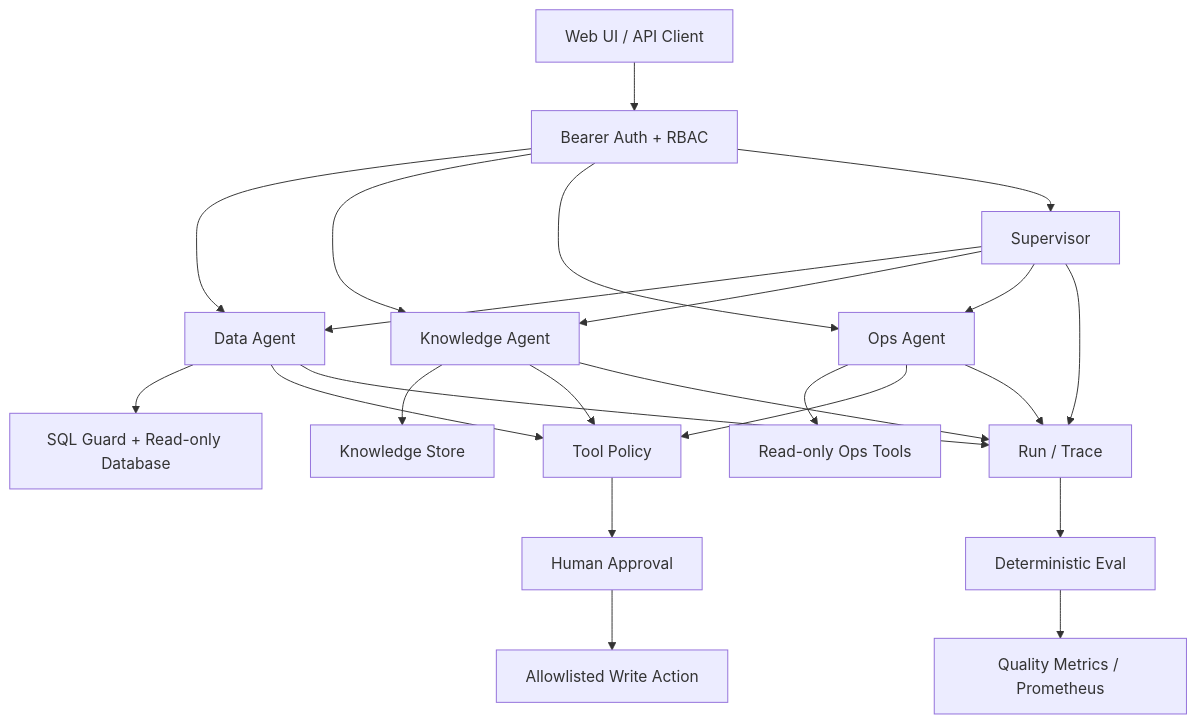
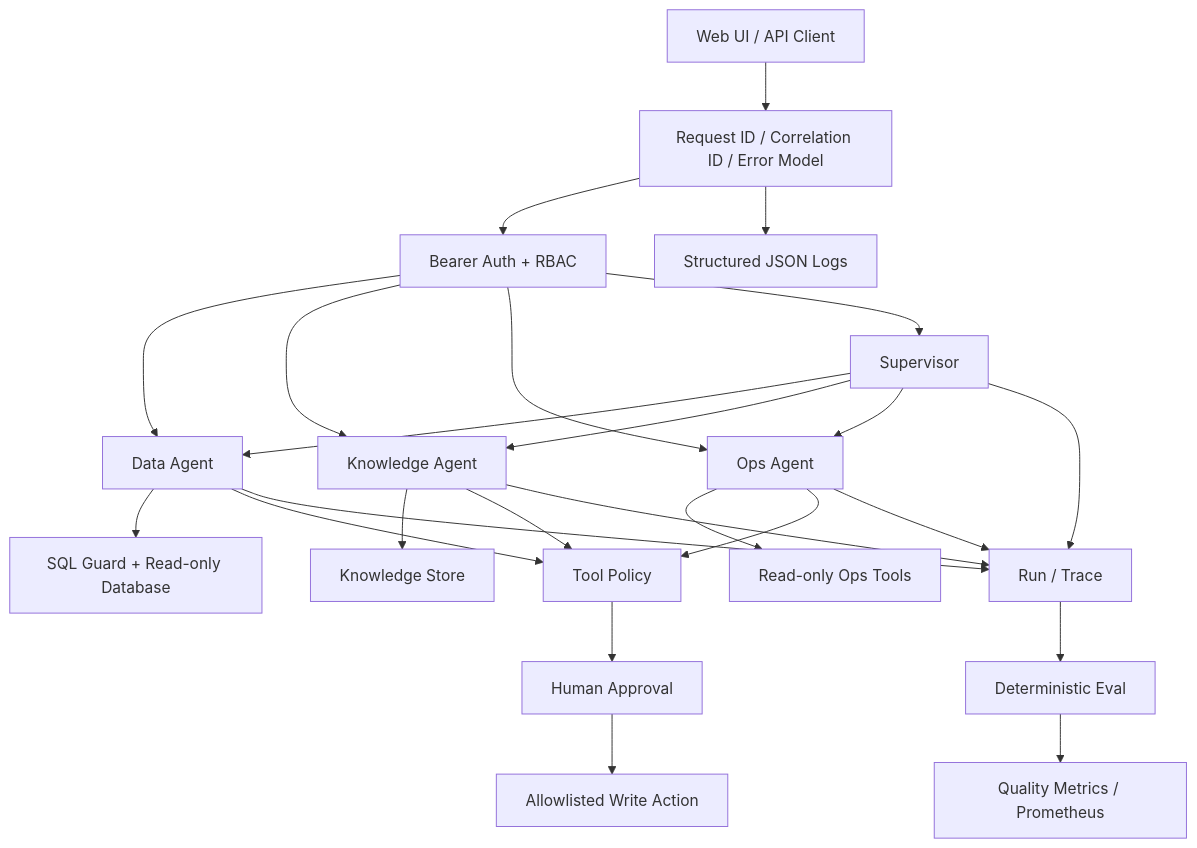
Before and after one commit to yvanu/enterprise-agent-platform: the first of 3 diagrams in docs/ARCHITECTURE.md, drawn with Mermaid. The commit also changed other lines of this file and 10 other files, not shown here.

Commit message:
feat: add request tracing and structured errors

````diff
--- a/docs/ARCHITECTURE.md
+++ b/docs/ARCHITECTURE.md
@@ -5,32 +5,34 @@
 ```mermaid
 flowchart TB
-  CLIENT[Web UI / API Client] --> AUTH[Bearer Auth + RBAC]
+  CLIENT[Web UI / API Client] --> HTTP[Request ID / Correlation ID / Error Model]
+  HTTP --> AUTH[Bearer Auth + RBAC]
 
   AUTH --> DATA[Data Agent]
   AUTH --> KNOW[Knowledge Agent]
   AUTH --> OPS[Ops Agent]
   AUTH --> SUP[Supervisor]
 
   SUP --> DATA
   SUP --> KNOW
   SUP --> OPS
 
   DATA --> SQL[SQL Guard + Read-only Database]
   KNOW --> KS[Knowledge Store]
   OPS --> OT[Read-only Ops Tools]
 
   DATA --> POLICY[Tool Policy]
   KNOW --> POLICY
   OPS --> POLICY
 
   POLICY --> APPROVAL[Human Approval]
   APPROVAL --> ACTION[Allowlisted Write Action]
 
   DATA --> RUNS[Run / Trace]
   KNOW --> RUNS
   OPS --> RUNS
   SUP --> RUNS
 
+  HTTP --> LOGS[Structured JSON Logs]
   RUNS --> EVAL[Deterministic Eval]
   EVAL --> METRICS[Quality Metrics / Prometheus]
 ```
````
